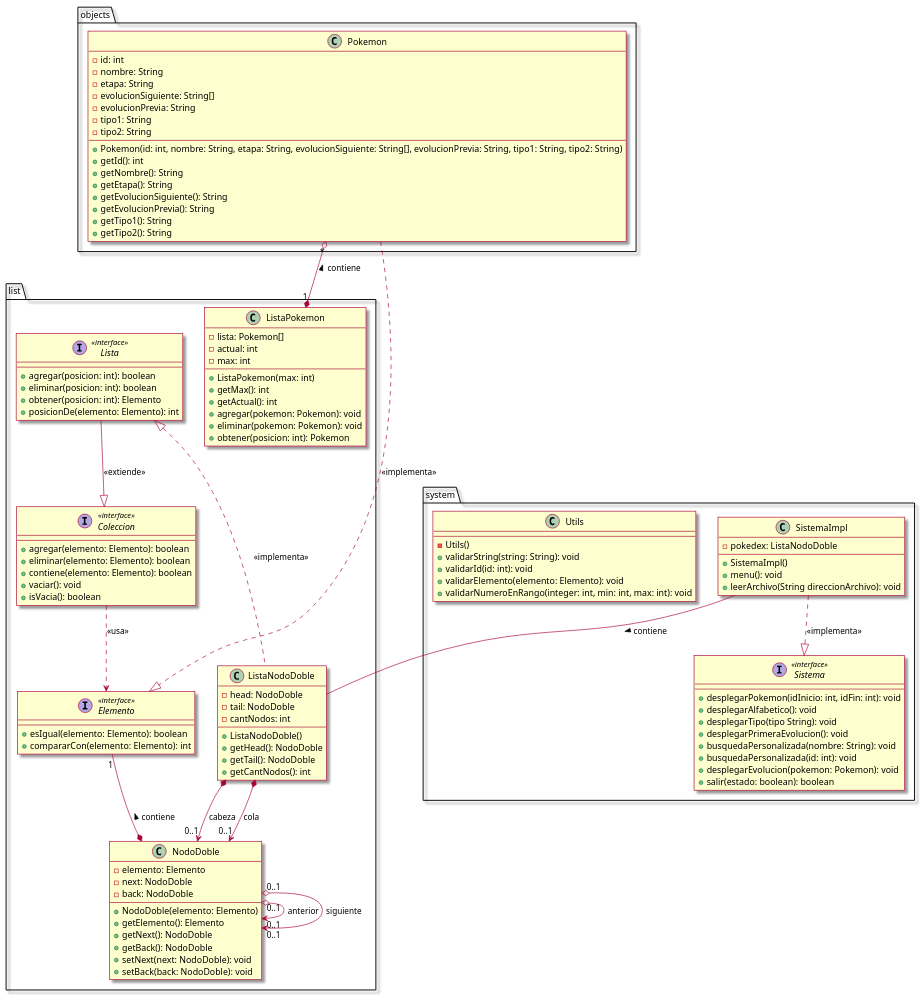
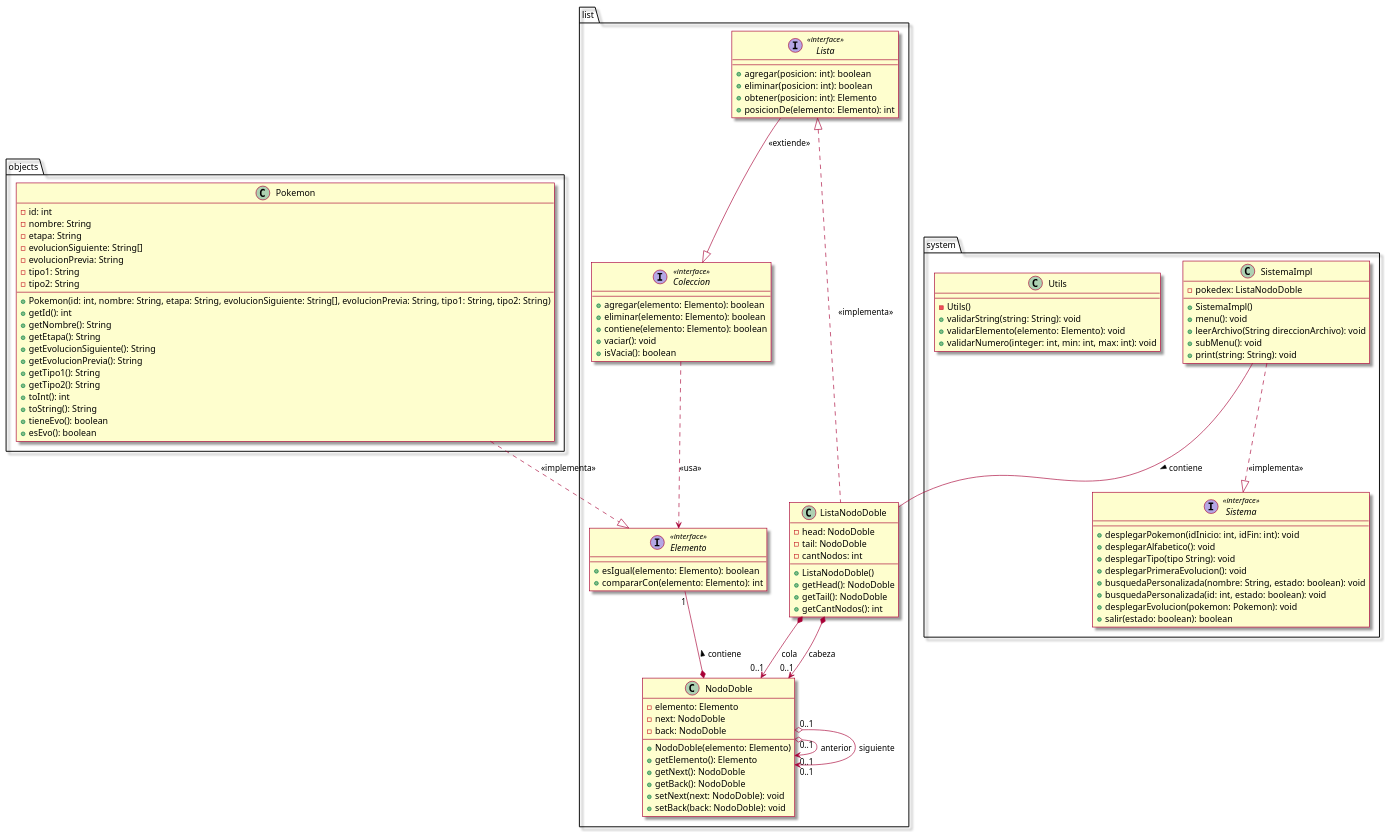
The diagram in src/clases.puml (ProMDFK123/Taller4), drawn with PlantUML before and after one commit. The commit also changed 1 other file, not shown here.

```diff
--- a/src/clases.puml
+++ b/src/clases.puml
@@ -1,125 +1,117 @@
 @startuml
 skin rose
 
 package objects{
     Class Pokemon{
         -id: int
         -nombre: String
         -etapa: String
         -evolucionSiguiente: String[]
         -evolucionPrevia: String
         -tipo1: String
         -tipo2: String
 
         +Pokemon(id: int, nombre: String, etapa: String, evolucionSiguiente: String[], evolucionPrevia: String, tipo1: String, tipo2: String)
         +getId(): int
         +getNombre(): String
         +getEtapa(): String
         +getEvolucionSiguiente(): String
         +getEvolucionPrevia(): String
         +getTipo1(): String
         +getTipo2(): String
+        +toInt(): int
+        +toString(): String
+        +tieneEvo(): boolean
+        +esEvo(): boolean
     }
 }
 
 package system{
     interface Sistema <<interface>>{
         +desplegarPokemon(idInicio: int, idFin: int): void
         +desplegarAlfabetico(): void
         +desplegarTipo(tipo String): void
         +desplegarPrimeraEvolucion(): void
-        +busquedaPersonalizada(nombre: String): void
-        +busquedaPersonalizada(id: int): void
+        +busquedaPersonalizada(nombre: String, estado: boolean): void
+        +busquedaPersonalizada(id: int, estado: boolean): void
         +desplegarEvolucion(pokemon: Pokemon): void
         +salir(estado: boolean): boolean
     }
 
     Class SistemaImpl{
         -pokedex: ListaNodoDoble
 
         +SistemaImpl()
         +menu(): void
         +leerArchivo(String direccionArchivo): void
+        +subMenu(): void
+        +print(string: String): void
     }
     SistemaImpl ..^ Sistema: <<implementa>>
 
     Class Utils{
         -Utils()
         +validarString(string: String): void
-        +validarId(id: int): void
         +validarElemento(elemento: Elemento): void
-        +validarNumeroEnRango(integer: int, min: int, max: int): void
+        +validarNumero(integer: int, min: int, max: int): void
     }
 }
 
 package list{
     Class NodoDoble{
         -elemento: Elemento
         -next: NodoDoble
         -back: NodoDoble
 
         +NodoDoble(elemento: Elemento)
         +getElemento(): Elemento
         +getNext(): NodoDoble
         +getBack(): NodoDoble
         +setNext(next: NodoDoble): void
         +setBack(back: NodoDoble): void
     }
     NodoDoble"0..1" o--> "0..1"NodoDoble: anterior
     NodoDoble"0..1" o--> "0..1"NodoDoble: siguiente
 
-    Class ListaPokemon{
-        -lista: Pokemon[]
-        -actual: int
-        -max: int
-
-        +ListaPokemon(max: int)
-        +getMax(): int
-        +getActual(): int
-        +agregar(pokemon: Pokemon): void
-        +eliminar(pokemon: Pokemon): void
-        +obtener(posicion: int): Pokemon
-    }
 
     Class ListaNodoDoble{
         -head: NodoDoble
         -tail: NodoDoble
         -cantNodos: int
 
         +ListaNodoDoble()
         +getHead(): NodoDoble
         +getTail(): NodoDoble
         +getCantNodos(): int
     }
     ListaNodoDoble *--> "0..1"NodoDoble: cabeza
     ListaNodoDoble *--> "0..1"NodoDoble: cola
 
     interface Elemento <<interface>>{
         +esIgual(elemento: Elemento): boolean
         +compararCon(elemento: Elemento): int
     }
     Elemento"1" --* NodoDoble: contiene <
 
     interface Coleccion <<interface>>{
         +agregar(elemento: Elemento): boolean
         +eliminar(elemento: Elemento): boolean
         +contiene(elemento: Elemento): boolean
         +vaciar(): void
         +isVacia(): boolean
     }
 
     interface Lista <<interface>>{
         +agregar(posicion: int): boolean
         +eliminar(posicion: int): boolean
         +obtener(posicion: int): Elemento
         +posicionDe(elemento: Elemento): int
     }
     Lista ^.. ListaNodoDoble: <<implementa>>
     Lista --^ Coleccion: <<extiende>>
     Coleccion ..> Elemento: <<usa>>
 }
 
 Pokemon ..^ Elemento: <<implementa>>
 SistemaImpl -- ListaNodoDoble: contiene >
-Pokemon"*" o--* "1"ListaPokemon: contiene <
 @enduml
```
